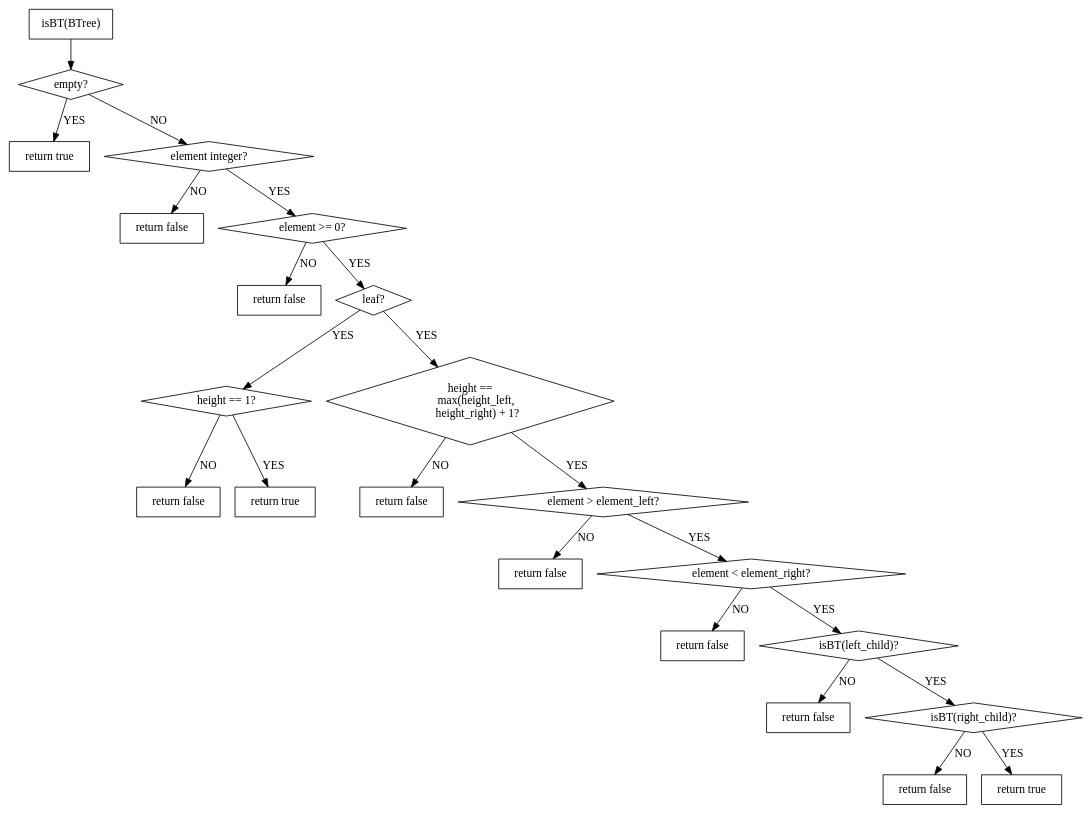
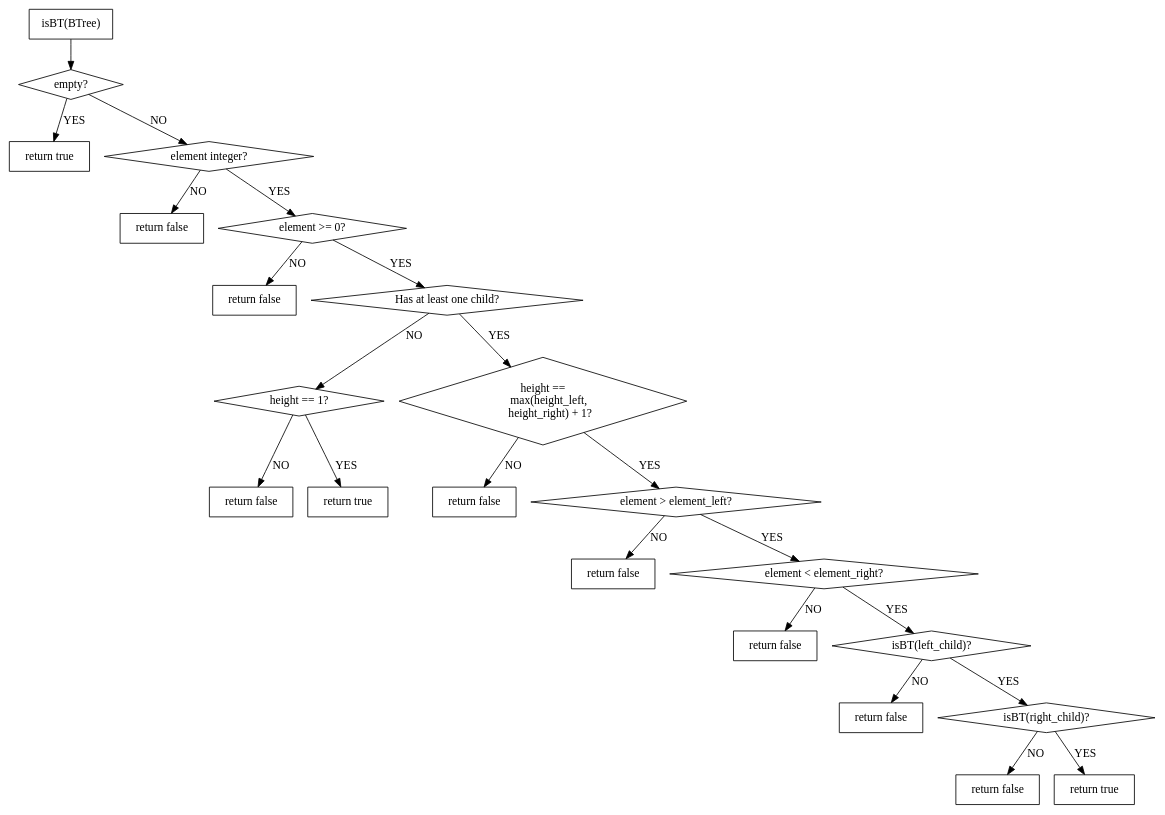
One commit to hugoppp-uni/Algorithmen-und-Datenstrukturen changed the diagram in doc/aufg1/graphViz/isBt.gv. Above: the diagram before and after it, drawn with Graphviz. The commit also changed 1 other file, not shown here.

```diff
--- a/doc/aufg1/graphViz/isBt.gv
+++ b/doc/aufg1/graphViz/isBt.gv
@@ -1,52 +1,53 @@
 digraph Q {
 
 NOde [shape = box];
 compound = true;
 
+    //TODO height mit Intervallen
     "isBT(BTree)" -> a1
     a1 [label = "empty?" shape = diamond]
     a1 -> true1 [label = "YES"]
     a1 -> a2 [label = "NO"]
     a2 [label = "element integer?" shape = diamond]
     a2 -> false1 [label = "NO"]
     a2 -> a3 [label = "YES"]
     a3 [label = "element >= 0?" shape = diamond]
     a3 -> false2 [label = "NO"]
     a3 -> a4 [label = "YES"]
-    a4 [label = "leaf?" shape = diamond]
-    a4 -> a5 [label = "YES"]
+    a4 [label = "Has at least one child?" shape = diamond]
+    a4 -> a5 [label = "NO"]
     a5 [label = "height == 1?" shape = diamond]
     a5 -> false3 [label = "NO"]
     a5 -> true2 [label = "YES"]
     a4 -> a7 [label = "YES"]
     a7 [label = "height ==
      max(height_left,
       height_right) + 1?" shape = diamond]
     a7 -> false4 [label = "NO"]
     a7 -> a8 [label = "YES"]
     a8 [label = "element > element_left?" shape = diamond]
     a8 -> false5 [label = "NO"]
     a8 -> a9 [label = "YES"]
     a9 [label = "element < element_right?" shape = diamond]
     a9 -> false6 [label = "NO"]
     a9 -> a10 [label = "YES"]
     a10 [label = "isBT(left_child)?" shape = diamond]
     a10 -> false7 [label = "NO"]
     a10 -> a11 [label = "YES"]
     a11 [label = "isBT(right_child)?" shape = diamond]
     a11 -> false8 [label = "NO"]
     a11 -> true3 [label = "YES"]
 
     true1 [label = "return true"]
     true2 [label = "return true"]
     true3 [label = "return true"]
 
     false1 [label = "return false"]
     false2 [label = "return false"]
     false3 [label = "return false"]
     false4 [label = "return false"]
     false5 [label = "return false"]
     false6 [label = "return false"]
     false7 [label = "return false"]
     false8 [label = "return false"]
 }
```
